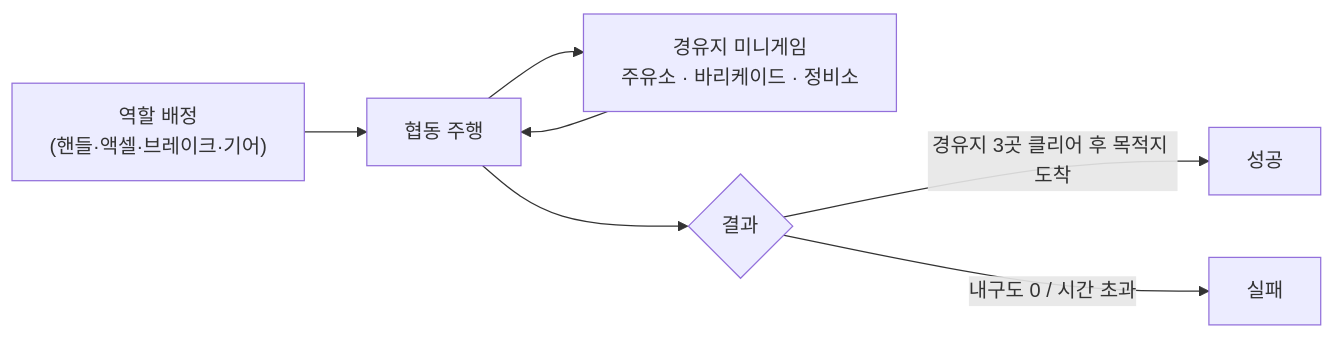
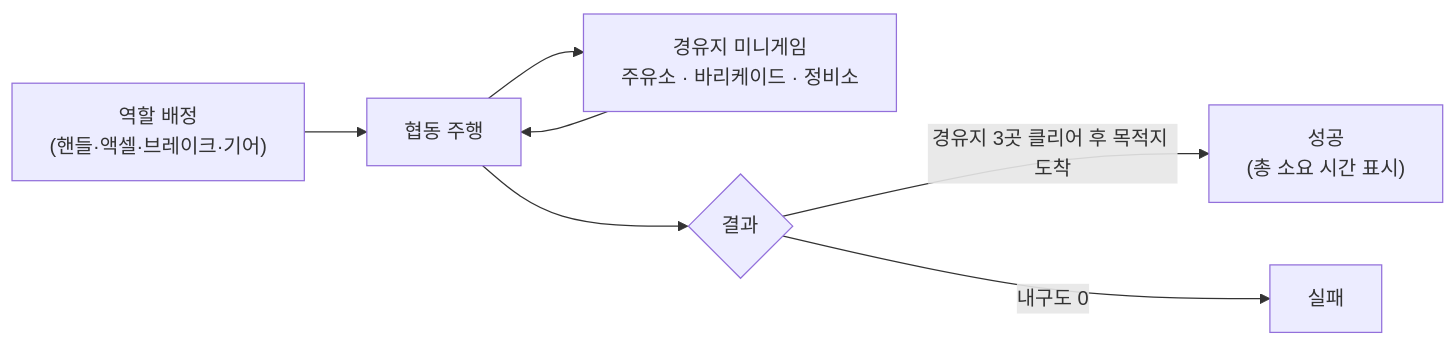
One commit to wjsdudgh99/portfolio-JYH changed the first of 4 diagrams in src/3-2d-team-project-cy/2d team project 기술 문서.md. Above: the diagram before and after it, drawn with Mermaid. The commit also changed other lines of this file and 1 other file, not shown here.

Commit message:
팀 프로젝트 1.2: 제한 시간 대신 총 소요 시간, 실패 조건은 내구도 0만

````diff
--- a/src/3-2d-team-project-cy/2d team project 기술 문서.md
+++ b/src/3-2d-team-project-cy/2d team project 기술 문서.md
@@ -56,9 +56,9 @@
 ```mermaid
 flowchart LR
     A["역할 배정<br/>(핸들·액셀·브레이크·기어)"] --> B["협동 주행"]
     B --> C["경유지 미니게임<br/>주유소 · 바리케이드 · 정비소"]
     C --> B
     B --> D{"결과"}
-    D -->|"경유지 3곳 클리어 후 목적지 도착"| E["성공"]
-    D -->|"내구도 0 / 시간 초과"| F["실패"]
+    D -->|"경유지 3곳 클리어 후 목적지 도착"| E["성공<br/>(총 소요 시간 표시)"]
+    D -->|"내구도 0"| F["실패"]
 ```
````
